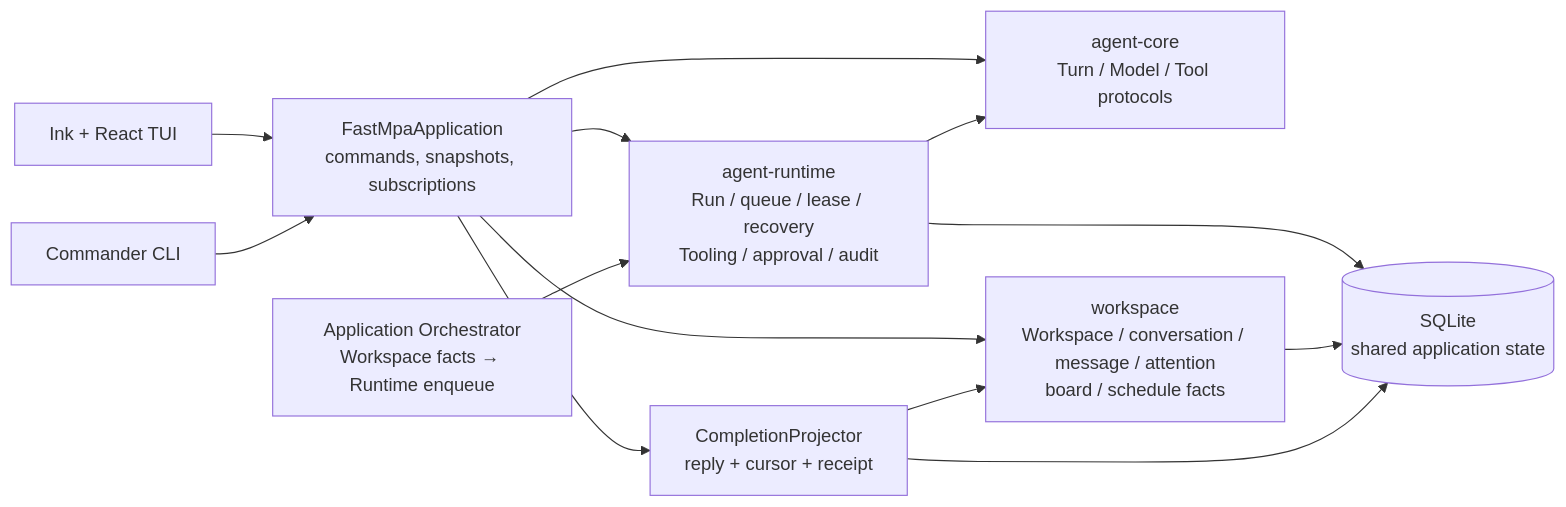
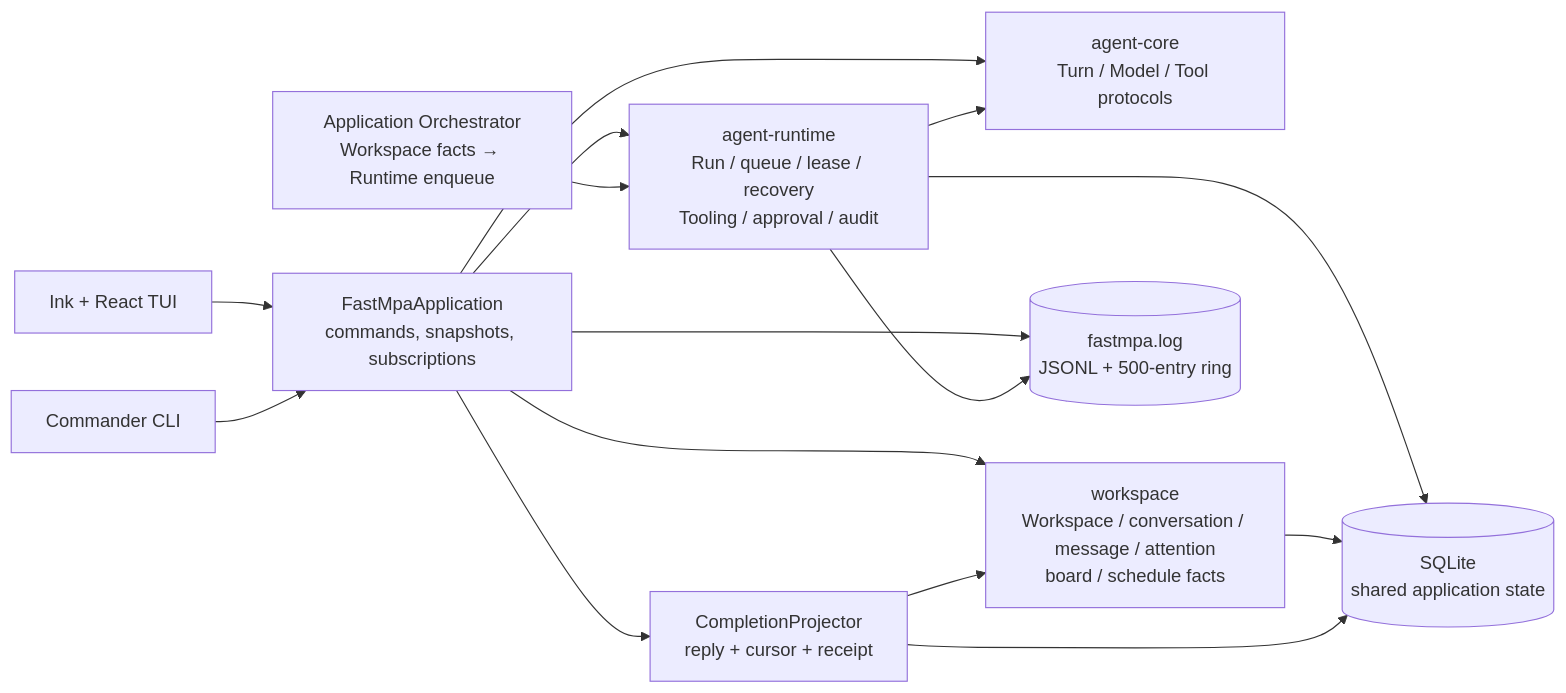
One commit to ShawnDen-coder/fastmpa changed the first of 3 diagrams in docs/ARCHITECTURE.md. Above: the diagram before and after it, drawn with Mermaid. The commit also changed other lines of this file and 5 other files, not shown here.

````diff
--- a/docs/ARCHITECTURE.md
+++ b/docs/ARCHITECTURE.md
@@ -8,25 +8,28 @@
 ```mermaid
 flowchart LR
     TUI[Ink + React TUI]
     CLI[Commander CLI]
     APP[FastMpaApplication\ncommands, snapshots, subscriptions]
     CORE[agent-core\nTurn / Model / Tool protocols]
     RUNTIME[agent-runtime\nRun / queue / lease / recovery\nTooling / approval / audit]
     WORKSPACE[workspace\nWorkspace / conversation / message / attention\nboard / schedule facts]
     DB[(SQLite\nshared application state)]
+    LOG[(fastmpa.log\nJSONL + 500-entry ring)]
     EXT[Application Orchestrator\nWorkspace facts → Runtime enqueue]
     PROJ[CompletionProjector\nreply + cursor + receipt]
 
     TUI --> APP
     CLI --> APP
     APP --> CORE
     APP --> RUNTIME
     APP --> WORKSPACE
     RUNTIME --> CORE
     RUNTIME --> DB
     WORKSPACE --> DB
     EXT --> RUNTIME
     APP --> PROJ
     PROJ --> WORKSPACE
     PROJ --> DB
+    APP --> LOG
+    RUNTIME --> LOG
 ```
````
